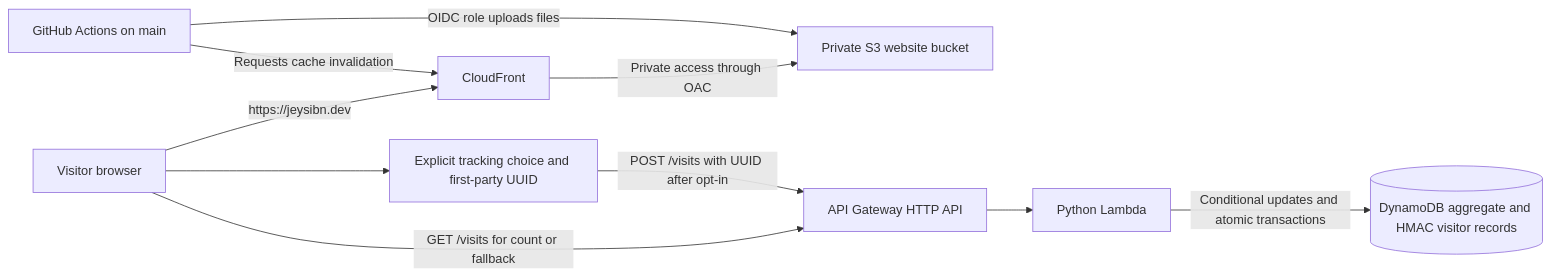
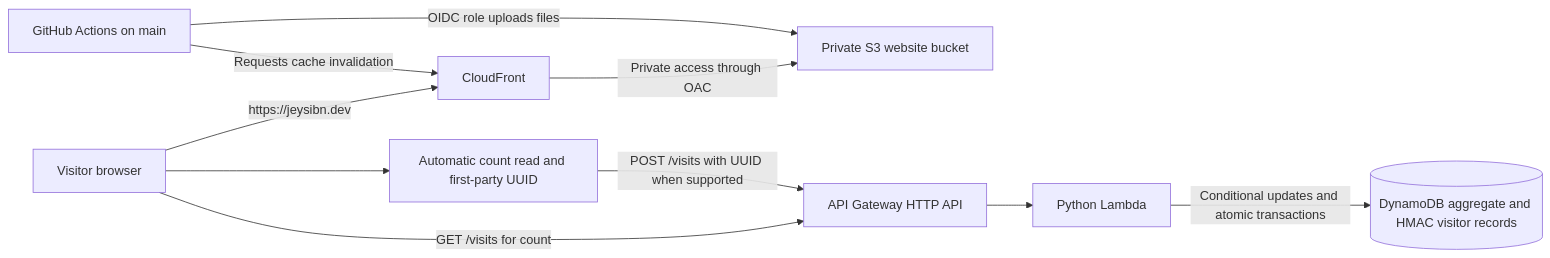
Before and after one commit to Jeysibn/cloud-resume-challenge: the diagram in docs/architecture.md, drawn with Mermaid. The commit also changed other lines of this file and 11 other files, not shown here.

````diff
--- a/docs/architecture.md
+++ b/docs/architecture.md
@@ -7,21 +7,21 @@
 ```mermaid
 flowchart LR
     B[Visitor browser]
-    C[Explicit tracking choice and first-party UUID]
+    C[Automatic count read and first-party UUID]
     CF[CloudFront]
     S3[Private S3 website bucket]
     API[API Gateway HTTP API]
     L[Python Lambda]
     DB[(DynamoDB aggregate and HMAC visitor records)]
     GH[GitHub Actions on main]
 
     B -->|https://jeysibn.dev| CF
     CF -->|Private access through OAC| S3
     B --> C
-    C -->|POST /visits with UUID after opt-in| API
-    B -->|GET /visits for count or fallback| API
+    B -->|GET /visits for count| API
+    C -->|POST /visits with UUID when supported| API
     API --> L
     L -->|Conditional updates and atomic transactions| DB
     GH -->|OIDC role uploads files| S3
     GH -->|Requests cache invalidation| CF
 ```
````
